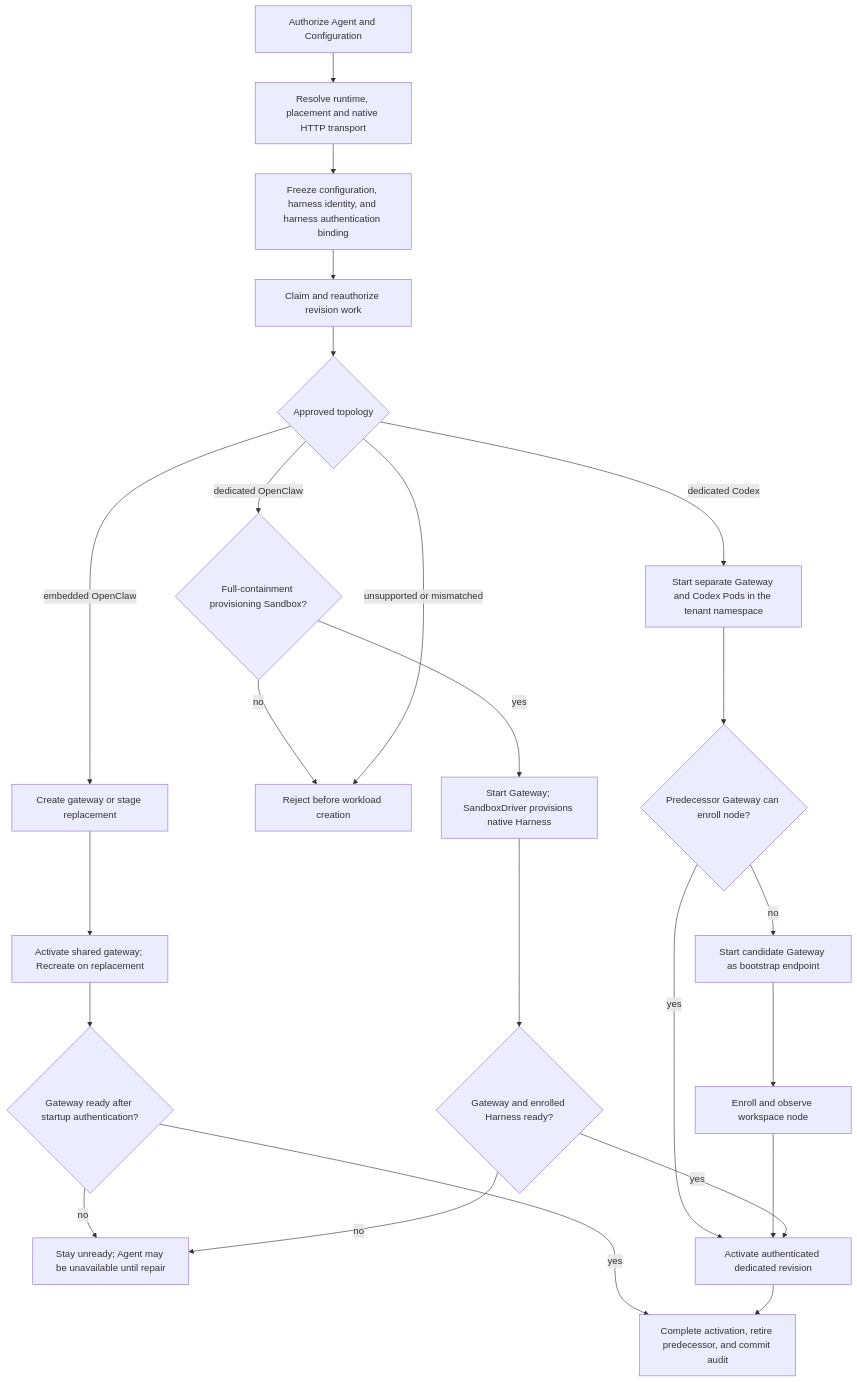
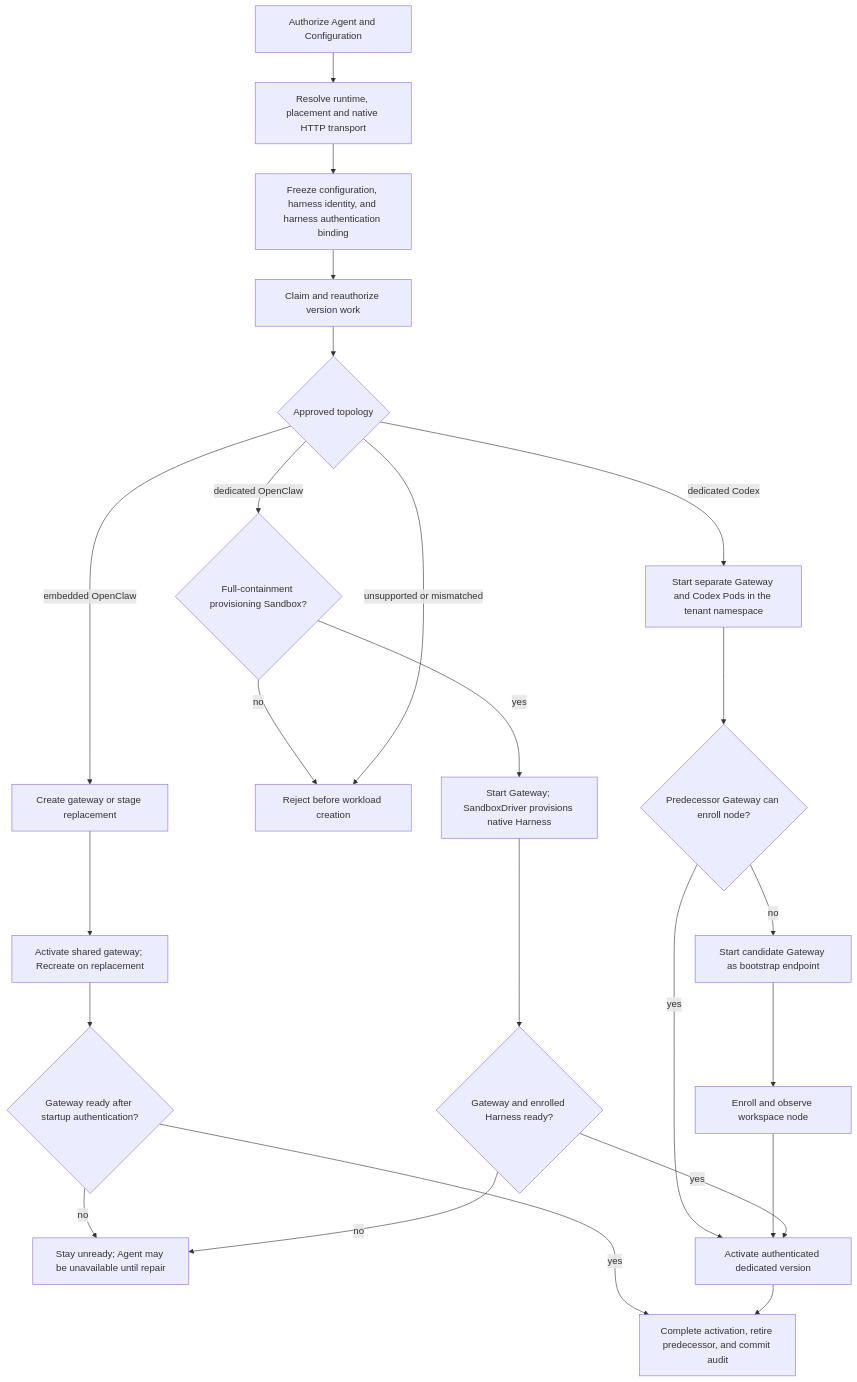
The diagram in docs/flows/harness-execution-topology.md (openclaw/openclaw-enterprise), drawn with Mermaid before and after one commit. The commit also changed other lines of this file and 198 other files, not shown here.

````diff
--- a/docs/flows/harness-execution-topology.md
+++ b/docs/flows/harness-execution-topology.md
@@ -26,26 +26,26 @@
 ```mermaid
 graph TD
   A["Authorize Agent and Configuration"] --> B["Resolve runtime, placement and native HTTP transport"]
   B --> C["Freeze configuration, harness identity, and harness authentication binding"]
-  C --> D["Claim and reauthorize revision work"]
+  C --> D["Claim and reauthorize version work"]
   D --> E{"Approved topology"}
   E -->|embedded OpenClaw| F["Create gateway or stage replacement"]
   E -->|dedicated Codex| G["Start separate Gateway and Codex Pods in the tenant namespace"]
   E -->|dedicated OpenClaw| Q{"Full-containment provisioning Sandbox?"}
   Q -->|no| H
   Q -->|yes| R["Start Gateway; SandboxDriver provisions native Harness"]
   E -->|unsupported or mismatched| H["Reject before workload creation"]
   F --> I["Activate shared gateway; Recreate on replacement"]
   I --> K{"Gateway ready after startup authentication?"}
   K -->|no| L["Stay unready; Agent may be unavailable until repair"]
   K -->|yes| J["Complete activation, retire predecessor, and commit audit"]
   G --> N{"Predecessor Gateway can enroll node?"}
-  N -->|yes| M["Activate authenticated dedicated revision"]
+  N -->|yes| M["Activate authenticated dedicated version"]
   N -->|no| O["Start candidate Gateway as bootstrap endpoint"]
   O --> P["Enroll and observe workspace node"]
   P --> M
   R --> S{"Gateway and enrolled Harness ready?"}
   S -->|no| L
   S -->|yes| M
   M --> J
 ```
````
